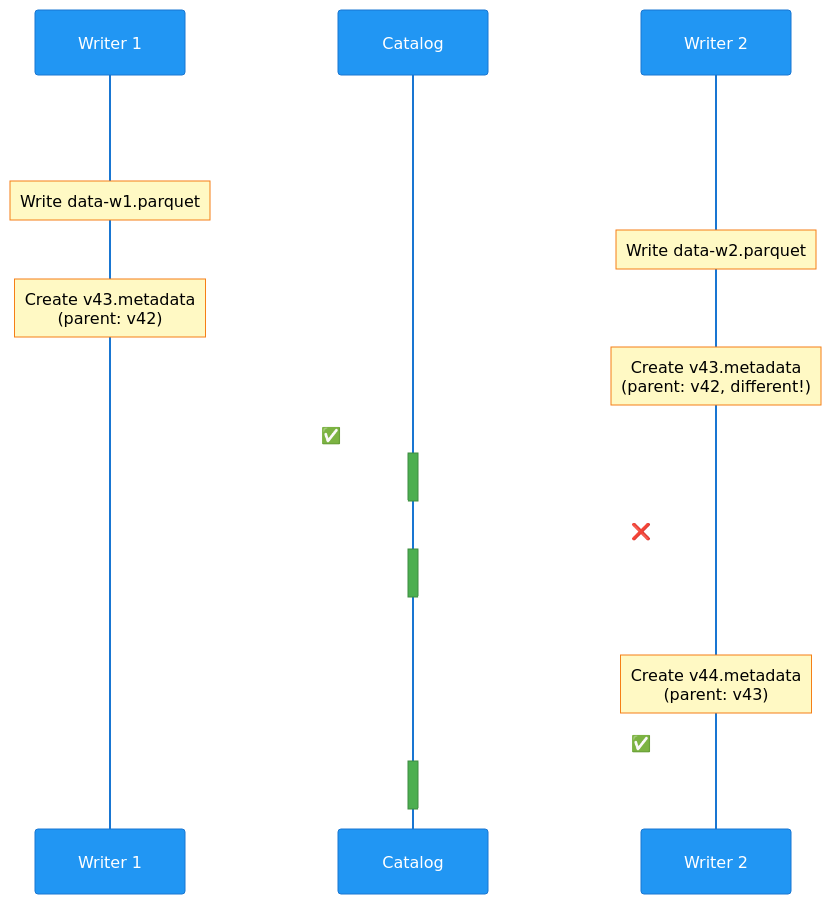
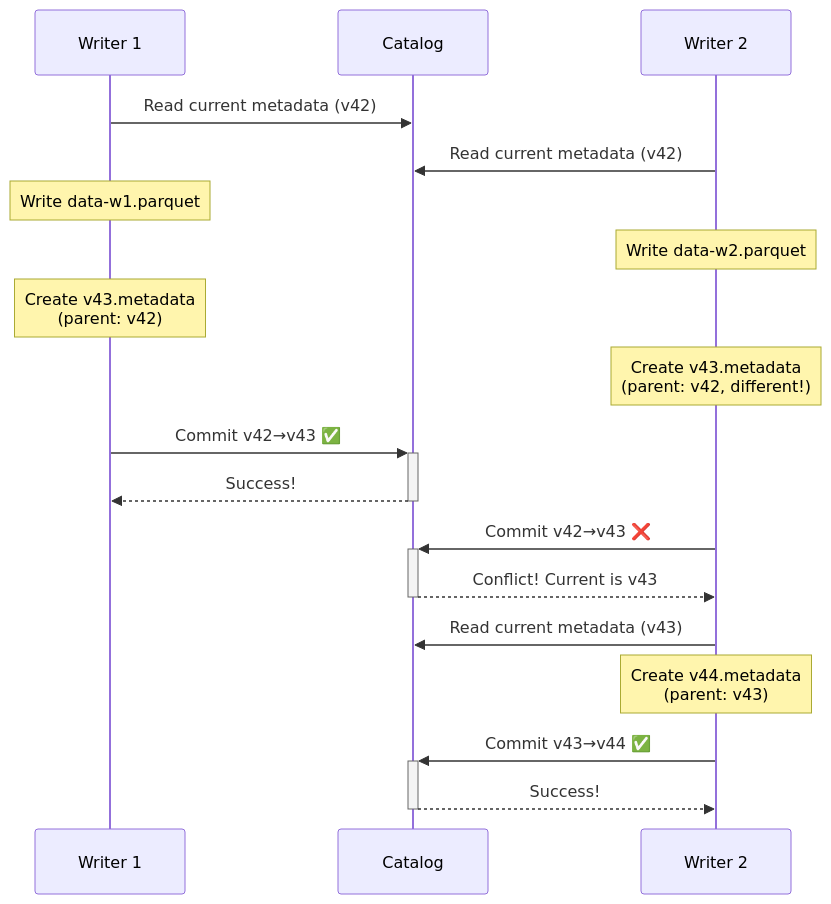
One commit to rilov/handbook changed the fourth of 6 diagrams in _topics/apache-iceberg-simple-guide.md. Above: the diagram before and after it, drawn with Mermaid. The commit also changed other lines of this file, not shown here.

Commit message:
updated the mermaid

````diff
--- a/_topics/apache-iceberg-simple-guide.md
+++ b/_topics/apache-iceberg-simple-guide.md
@@ -680,27 +680,26 @@
-```mermaid
-%%{init: {'theme':'base', 'themeVariables': { 'primaryColor':'#2196F3','primaryTextColor':'#fff','primaryBorderColor':'#1976D2','lineColor':'#1976D2','secondaryColor':'#4CAF50','tertiaryColor':'#FF9800','noteBkgColor':'#FFF9C4','noteTextColor':'#000','noteBorderColor':'#F57F17'}}}%%
+<div class="mermaid">
 sequenceDiagram
     participant W1 as Writer 1
     participant Cat as Catalog
     participant W2 as Writer 2
     
     W1->>Cat: Read current metadata (v42)
     W2->>Cat: Read current metadata (v42)
     
     Note over W1: Write data-w1.parquet
     Note over W2: Write data-w2.parquet
     
     Note over W1: Create v43.metadata<br/>(parent: v42)
     Note over W2: Create v43.metadata<br/>(parent: v42, different!)
     
     W1->>+Cat: Commit v42→v43 ✅
     Cat-->>-W1: Success!
     
     W2->>+Cat: Commit v42→v43 ❌
     Cat-->>-W2: Conflict! Current is v43
     
     W2->>Cat: Read current metadata (v43)
     Note over W2: Create v44.metadata<br/>(parent: v43)
     W2->>+Cat: Commit v43→v44 ✅
     Cat-->>-W2: Success!
-```
+</div>
````
